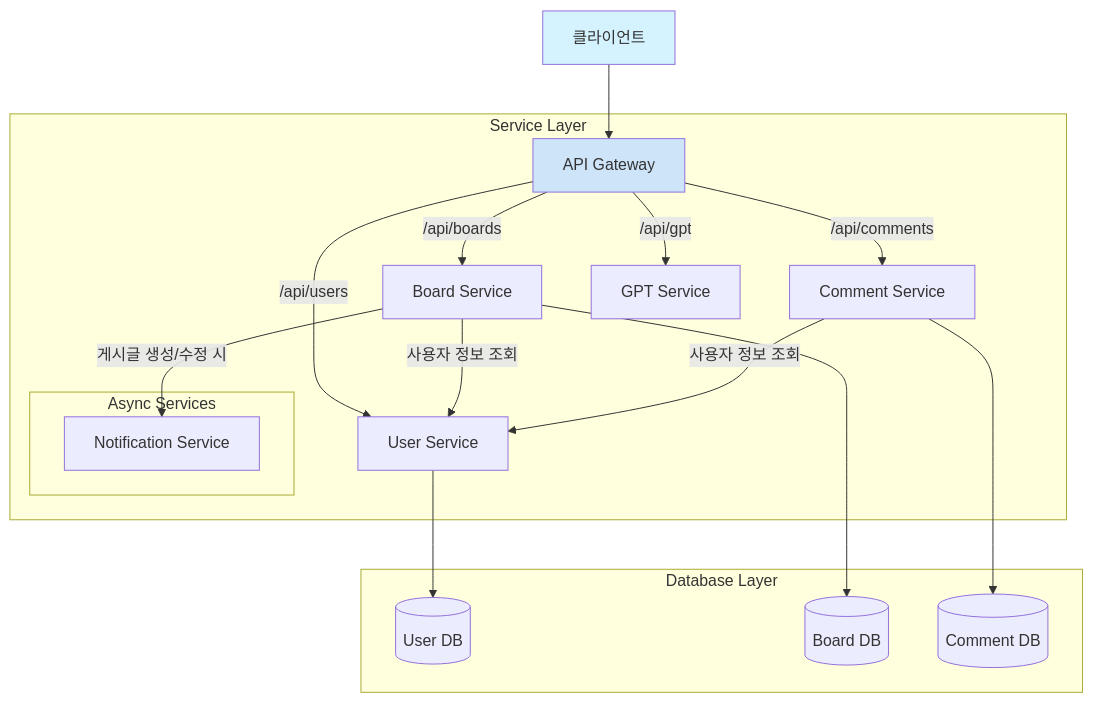
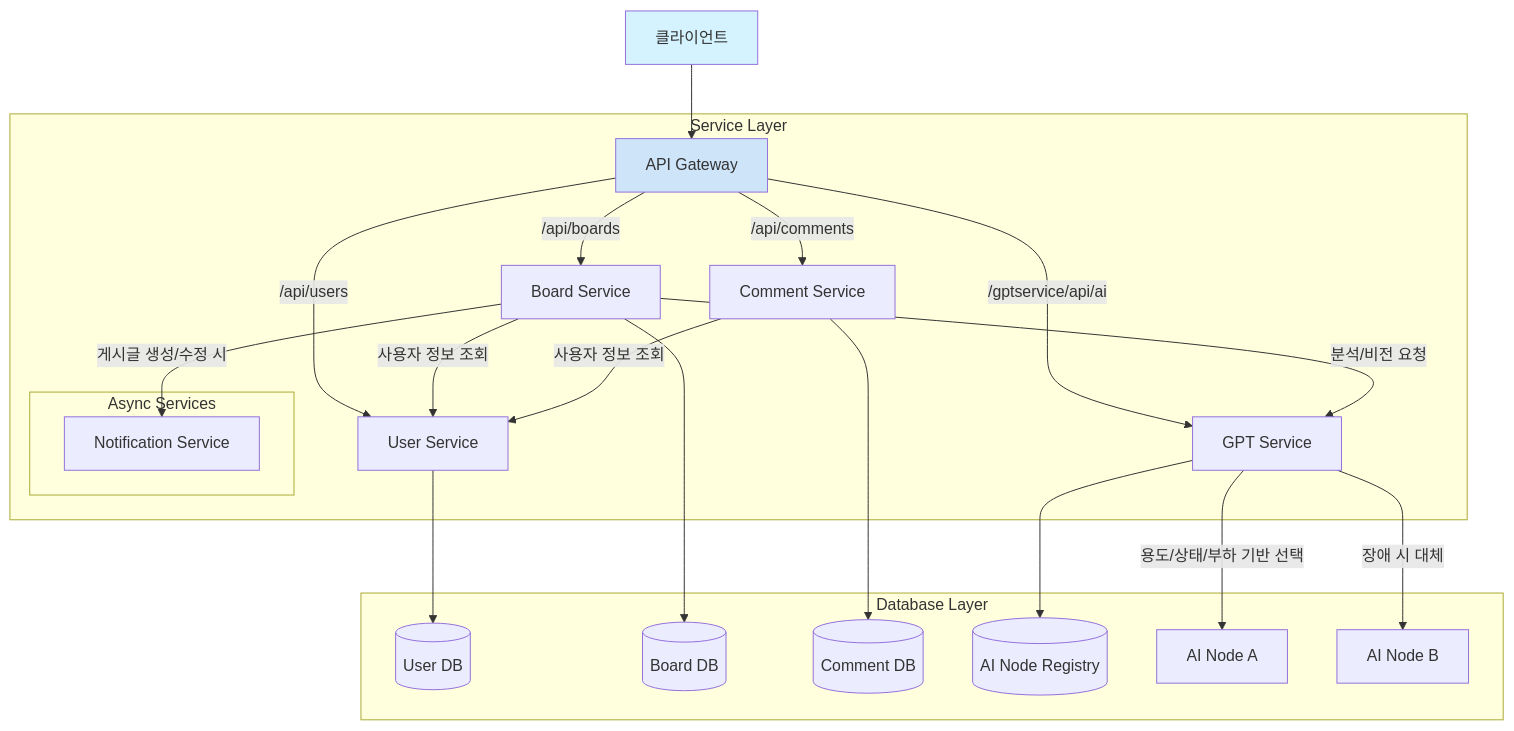
One commit to king-wang-jjang/kingwangjjang-be changed the diagram in docs/ARCHITECTURE.md. Above: the diagram before and after it, drawn with Mermaid. The commit also changed other lines of this file and 57 other files, not shown here.

````diff
--- a/docs/ARCHITECTURE.md
+++ b/docs/ARCHITECTURE.md
@@ -13,29 +13,34 @@
 ```mermaid
 graph TD
     Client[클라이언트] --> APIGateway[API Gateway]
 
     subgraph "Service Layer"
         APIGateway -->|/api/users| UserService[User Service]
         APIGateway -->|/api/boards| BoardService[Board Service]
         APIGateway -->|/api/comments| CommentService[Comment Service]
-        APIGateway -->|/api/gpt| GptService[GPT Service]
+        APIGateway -->|/gptservice/api/ai| GptService[GPT Service]
 
         BoardService -->|사용자 정보 조회| UserService
+        BoardService -->|분석/비전 요청| GptService
         CommentService -->|사용자 정보 조회| UserService
         
         subgraph "Async Services"
             NotificationService[Notification Service]
         end
 
         BoardService -->|게시글 생성/수정 시| NotificationService
     end
 
     subgraph "Database Layer"
         UserService --> UsersDB[(User DB)]
         BoardService --> BoardsDB[(Board DB)]
         CommentService --> CommentsDB[(Comment DB)]
+        GptService --> AINodesDB[(AI Node Registry)]
+
+        GptService -->|용도/상태/부하 기반 선택| AINodeA[AI Node A]
+        GptService -->|장애 시 대체| AINodeB[AI Node B]
     end
 
     style Client fill:#d4f3ff
     style APIGateway fill:#cde4f9
 ```
````
